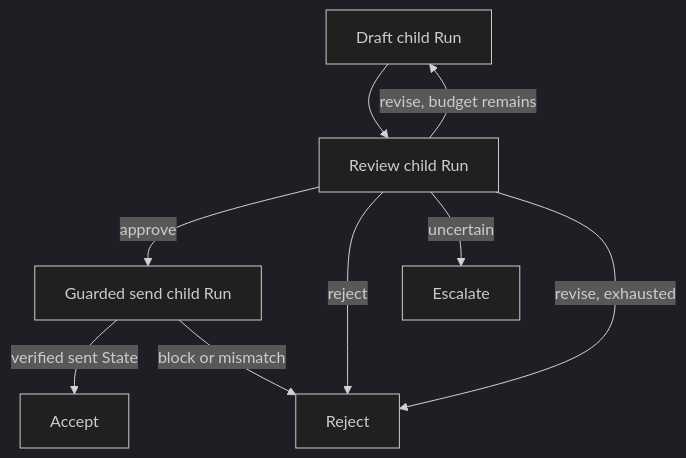
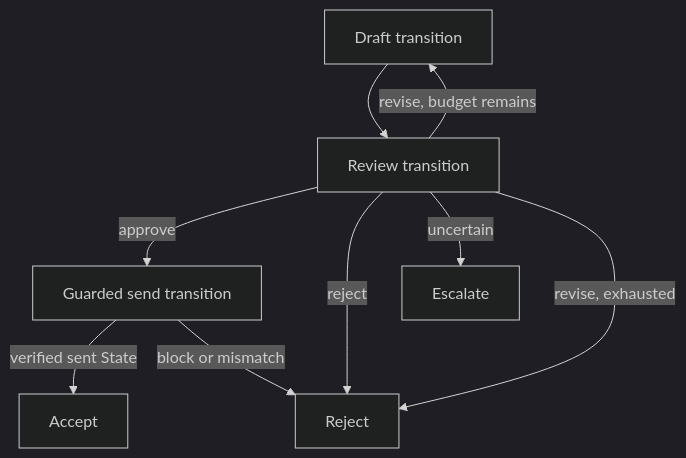
Before and after one commit to bioshazard/harness-engineering: the diagram in poc/email-review-send/README.md, drawn with Mermaid (dark theme). The commit also changed other lines of this file and 11 other files, not shown here.

````diff
--- a/poc/email-review-send/README.md
+++ b/poc/email-review-send/README.md
@@ -23,11 +23,11 @@
 ```mermaid
 flowchart TD
-  D["Draft child Run"] --> R["Review child Run"]
-  R -->|approve| S["Guarded send child Run"]
+  D["Draft transition"] --> R["Review transition"]
+  R -->|approve| S["Guarded send transition"]
   R -->|revise, budget remains| D
   R -->|reject| X["Reject"]
   R -->|uncertain| E["Escalate"]
   R -->|revise, exhausted| X
   S -->|verified sent State| A["Accept"]
   S -->|block or mismatch| X
 ```
````
